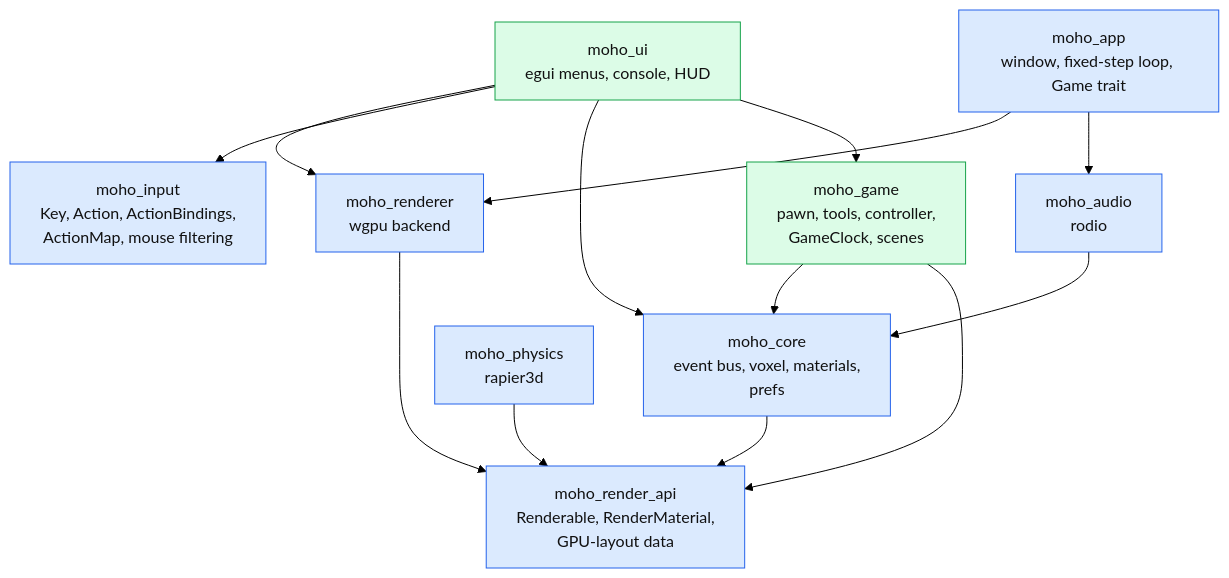
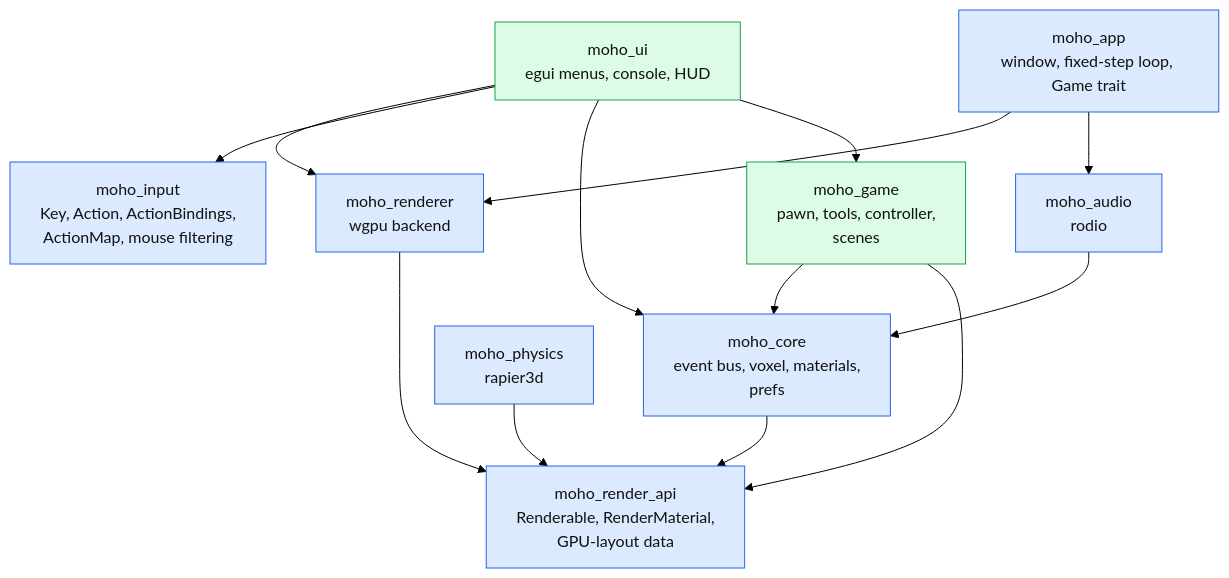
One commit to WrackedFella/moho changed the first of 3 diagrams in wiki/architecture/overview.md. Above: the diagram before and after it, drawn with Mermaid (forest theme). The commit also changed other lines of this file and 17 other files, not shown here.

First line of the commit message:
feat(moho_app): in-game time advances only through the engine's tick (ENG-F11-03) (#256)

````diff
--- a/wiki/architecture/overview.md
+++ b/wiki/architecture/overview.md
@@ -17,24 +17,24 @@
 ```mermaid
 flowchart TD
     ui["moho_ui<br/>egui menus, console, HUD"]:::strategy
-    game["moho_game<br/>pawn, tools, controller,<br/>GameClock, scenes"]:::strategy
+    game["moho_game<br/>pawn, tools, controller,<br/>scenes"]:::strategy
 
     renderer["moho_renderer<br/>wgpu backend"]:::engine
     rapi["moho_render_api<br/>Renderable, RenderMaterial,<br/>GPU-layout data"]:::engine
     core["moho_core<br/>event bus, voxel, materials,<br/>prefs"]:::engine
     audio["moho_audio<br/>rodio"]:::engine
     physics["moho_physics<br/>rapier3d"]:::engine
     input["moho_input<br/>Key, Action, ActionBindings,<br/>ActionMap, mouse filtering"]:::engine
     app["moho_app<br/>window, fixed-step loop, Game trait"]:::engine
 
     ui --> renderer & input & core & game
     game --> core & rapi
     renderer --> rapi
     app --> renderer & audio
     audio --> core
     physics --> rapi
     core --> rapi
 
     classDef engine fill:#dbeafe,stroke:#2563eb,color:#111
     classDef strategy fill:#dcfce7,stroke:#16a34a,color:#111
 ```
````
